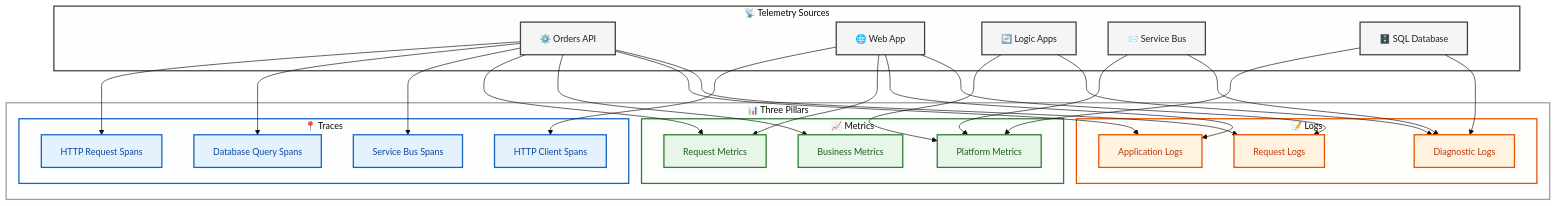
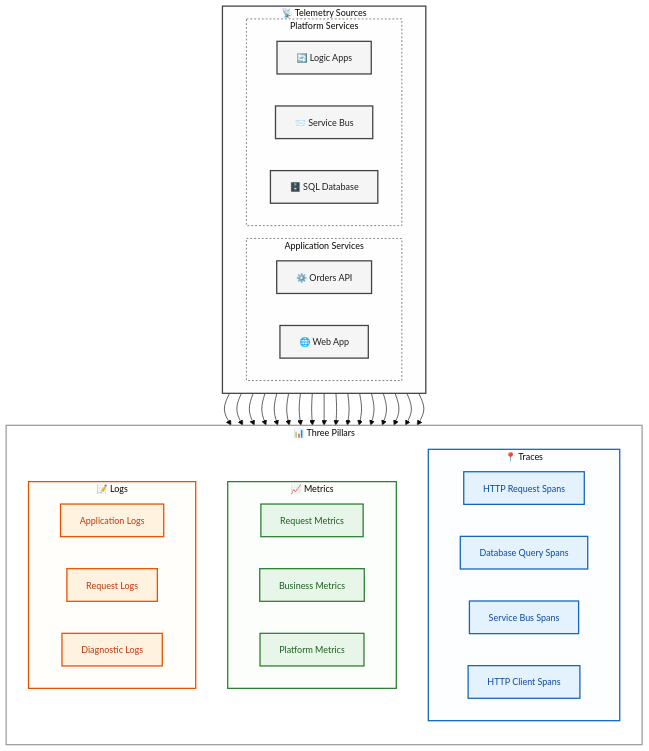
Before and after one commit to Evilazaro/Azure-LogicApps-Monitoring: the fifth of 6 diagrams in docs/architecture/02-data-architecture.md, drawn with Mermaid. The commit also changed other lines of this file, not shown here.

Commit message:
Refactor data architecture diagrams with improved subgraph organization for clearer domain and store separation

````diff
--- a/docs/architecture/02-data-architecture.md
+++ b/docs/architecture/02-data-architecture.md
@@ -267,56 +322,68 @@
 ```mermaid
 %%{init: {'theme': 'base', 'themeVariables': { 'fontSize': '14px'}}}%%
 flowchart TB
     subgraph Sources["📡 Telemetry Sources"]
-        API["⚙️ Orders API"]
-        Web["🌐 Web App"]
-        LA["🔄 Logic Apps"]
-        SB["📨 Service Bus"]
-        SQL["🗄️ SQL Database"]
+        direction LR
+        subgraph AppServices["Application Services"]
+            API["⚙️ Orders API"]
+            Web["🌐 Web App"]
+        end
+        subgraph PlatformServices["Platform Services"]
+            LA["🔄 Logic Apps"]
+            SB["📨 Service Bus"]
+            SQL["🗄️ SQL Database"]
+        end
     end
 
     subgraph Pillars["📊 Three Pillars"]
+        direction TB
         subgraph Traces["📍 Traces"]
+            direction LR
             T1["HTTP Request Spans"]
             T2["Database Query Spans"]
             T3["Service Bus Spans"]
             T4["HTTP Client Spans"]
         end
         
         subgraph Metrics["📈 Metrics"]
+            direction LR
             M1["Request Metrics"]
             M2["Business Metrics"]
             M3["Platform Metrics"]
         end
         
         subgraph Logs["📝 Logs"]
+            direction LR
             L1["Application Logs"]
             L2["Request Logs"]
             L3["Diagnostic Logs"]
         end
     end
 
+    %% Source to Pillar mappings
     API --> T1 & T2 & T3 & M1 & M2 & L1 & L2
     Web --> T4 & M1 & L1 & L2
     LA --> M3 & L3
     SB --> M3 & L3
     SQL --> M3 & L3
 
     %% Accessible color palette for three pillars
     classDef trace fill:#e3f2fd,stroke:#1565c0,stroke-width:2px,color:#0d47a1
     classDef metric fill:#e8f5e9,stroke:#2e7d32,stroke-width:2px,color:#1b5e20
     classDef log fill:#fff3e0,stroke:#e65100,stroke-width:2px,color:#bf360c
     classDef source fill:#f5f5f5,stroke:#424242,stroke-width:2px,color:#212121
 
     class T1,T2,T3,T4 trace
     class M1,M2,M3 metric
     class L1,L2,L3 log
     class API,Web,LA,SB,SQL source
 
     %% Subgraph container styling for visual layer grouping
     style Sources fill:#f5f5f522,stroke:#424242,stroke-width:2px
     style Pillars fill:#fafafa22,stroke:#9e9e9e,stroke-width:2px
     style Traces fill:#e3f2fd22,stroke:#1565c0,stroke-width:2px
     style Metrics fill:#e8f5e922,stroke:#2e7d32,stroke-width:2px
     style Logs fill:#fff3e022,stroke:#e65100,stroke-width:2px
+    style AppServices fill:#f5f5f511,stroke:#424242,stroke-width:1px,stroke-dasharray:3
+    style PlatformServices fill:#f5f5f511,stroke:#424242,stroke-width:1px,stroke-dasharray:3
 ```
````
